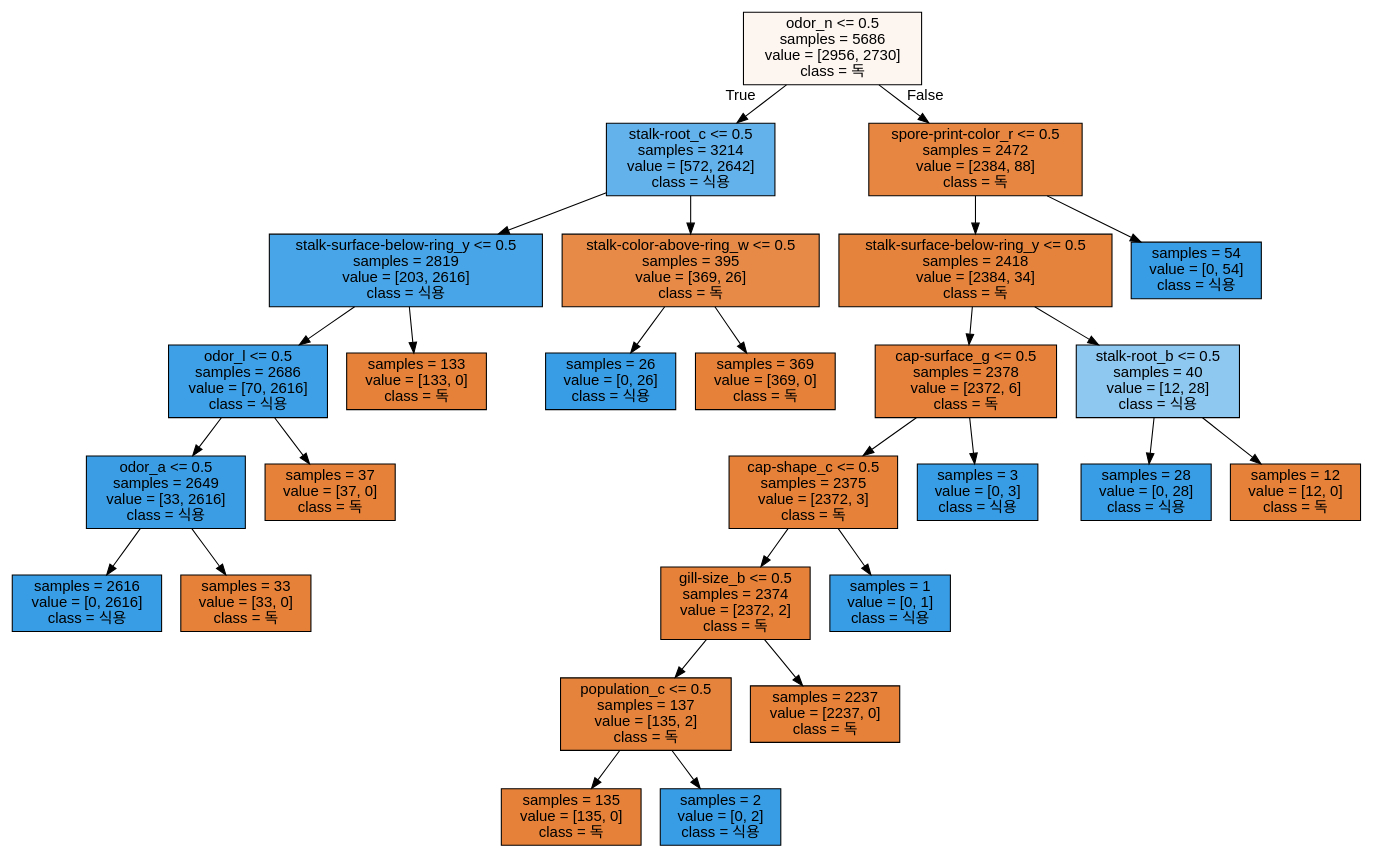
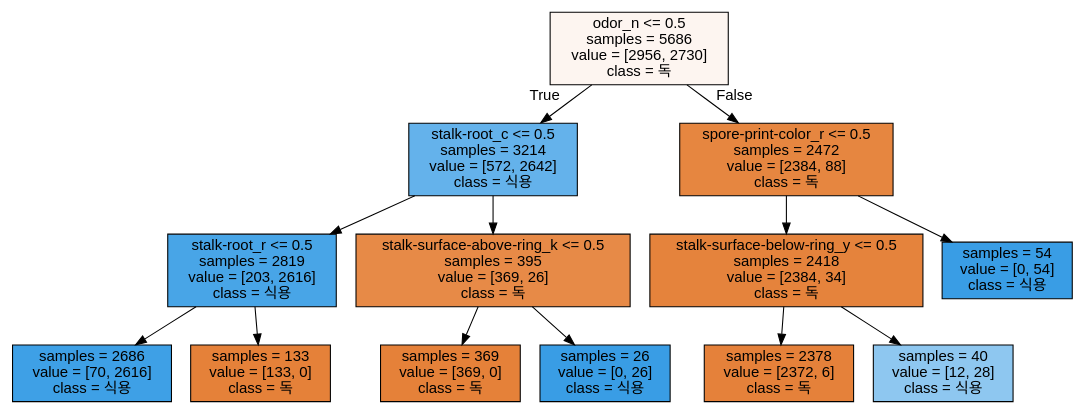
The diagram in tree.dot (hanbinpark/MachineLearning), drawn with Graphviz before and after one commit. The commit also changed 8 other files, not shown here.

```diff
--- a/tree.dot
+++ b/tree.dot
@@ -1,57 +1,29 @@
 digraph Tree {
 node [shape=box, style="filled", color="black", fontname="helvetica"] ;
 edge [fontname="helvetica"] ;
 0 [label="odor_n <= 0.5\nsamples = 5686\nvalue = [2956, 2730]\nclass = 독", fillcolor="#fdf5f0"] ;
 1 [label="stalk-root_c <= 0.5\nsamples = 3214\nvalue = [572, 2642]\nclass = 식용", fillcolor="#64b2eb"] ;
 0 -> 1 [labeldistance=2.5, labelangle=45, headlabel="True"] ;
-2 [label="stalk-surface-below-ring_y <= 0.5\nsamples = 2819\nvalue = [203, 2616]\nclass = 식용", fillcolor="#48a5e7"] ;
+2 [label="stalk-root_r <= 0.5\nsamples = 2819\nvalue = [203, 2616]\nclass = 식용", fillcolor="#48a5e7"] ;
 1 -> 2 ;
-3 [label="odor_l <= 0.5\nsamples = 2686\nvalue = [70, 2616]\nclass = 식용", fillcolor="#3ea0e6"] ;
+3 [label="samples = 2686\nvalue = [70, 2616]\nclass = 식용", fillcolor="#3ea0e6"] ;
 2 -> 3 ;
-4 [label="odor_a <= 0.5\nsamples = 2649\nvalue = [33, 2616]\nclass = 식용", fillcolor="#3b9ee5"] ;
-3 -> 4 ;
-5 [label="samples = 2616\nvalue = [0, 2616]\nclass = 식용", fillcolor="#399de5"] ;
-4 -> 5 ;
-6 [label="samples = 33\nvalue = [33, 0]\nclass = 독", fillcolor="#e58139"] ;
-4 -> 6 ;
-7 [label="samples = 37\nvalue = [37, 0]\nclass = 독", fillcolor="#e58139"] ;
-3 -> 7 ;
-8 [label="samples = 133\nvalue = [133, 0]\nclass = 독", fillcolor="#e58139"] ;
-2 -> 8 ;
-9 [label="stalk-color-above-ring_w <= 0.5\nsamples = 395\nvalue = [369, 26]\nclass = 독", fillcolor="#e78a47"] ;
-1 -> 9 ;
-10 [label="samples = 26\nvalue = [0, 26]\nclass = 식용", fillcolor="#399de5"] ;
+4 [label="samples = 133\nvalue = [133, 0]\nclass = 독", fillcolor="#e58139"] ;
+2 -> 4 ;
+5 [label="stalk-surface-above-ring_k <= 0.5\nsamples = 395\nvalue = [369, 26]\nclass = 독", fillcolor="#e78a47"] ;
+1 -> 5 ;
+6 [label="samples = 369\nvalue = [369, 0]\nclass = 독", fillcolor="#e58139"] ;
+5 -> 6 ;
+7 [label="samples = 26\nvalue = [0, 26]\nclass = 식용", fillcolor="#399de5"] ;
+5 -> 7 ;
+8 [label="spore-print-color_r <= 0.5\nsamples = 2472\nvalue = [2384, 88]\nclass = 독", fillcolor="#e68640"] ;
+0 -> 8 [labeldistance=2.5, labelangle=-45, headlabel="False"] ;
+9 [label="stalk-surface-below-ring_y <= 0.5\nsamples = 2418\nvalue = [2384, 34]\nclass = 독", fillcolor="#e5833c"] ;
+8 -> 9 ;
+10 [label="samples = 2378\nvalue = [2372, 6]\nclass = 독", fillcolor="#e5813a"] ;
 9 -> 10 ;
-11 [label="samples = 369\nvalue = [369, 0]\nclass = 독", fillcolor="#e58139"] ;
+11 [label="samples = 40\nvalue = [12, 28]\nclass = 식용", fillcolor="#8ec7f0"] ;
 9 -> 11 ;
-12 [label="spore-print-color_r <= 0.5\nsamples = 2472\nvalue = [2384, 88]\nclass = 독", fillcolor="#e68640"] ;
-0 -> 12 [labeldistance=2.5, labelangle=-45, headlabel="False"] ;
-13 [label="stalk-surface-below-ring_y <= 0.5\nsamples = 2418\nvalue = [2384, 34]\nclass = 독", fillcolor="#e5833c"] ;
-12 -> 13 ;
-14 [label="cap-surface_g <= 0.5\nsamples = 2378\nvalue = [2372, 6]\nclass = 독", fillcolor="#e5813a"] ;
-13 -> 14 ;
-15 [label="cap-shape_c <= 0.5\nsamples = 2375\nvalue = [2372, 3]\nclass = 독", fillcolor="#e58139"] ;
-14 -> 15 ;
-16 [label="gill-size_b <= 0.5\nsamples = 2374\nvalue = [2372, 2]\nclass = 독", fillcolor="#e58139"] ;
-15 -> 16 ;
-17 [label="population_c <= 0.5\nsamples = 137\nvalue = [135, 2]\nclass = 독", fillcolor="#e5833c"] ;
-16 -> 17 ;
-18 [label="samples = 135\nvalue = [135, 0]\nclass = 독", fillcolor="#e58139"] ;
-17 -> 18 ;
-19 [label="samples = 2\nvalue = [0, 2]\nclass = 식용", fillcolor="#399de5"] ;
-17 -> 19 ;
-20 [label="samples = 2237\nvalue = [2237, 0]\nclass = 독", fillcolor="#e58139"] ;
-16 -> 20 ;
-21 [label="samples = 1\nvalue = [0, 1]\nclass = 식용", fillcolor="#399de5"] ;
-15 -> 21 ;
-22 [label="samples = 3\nvalue = [0, 3]\nclass = 식용", fillcolor="#399de5"] ;
-14 -> 22 ;
-23 [label="stalk-root_b <= 0.5\nsamples = 40\nvalue = [12, 28]\nclass = 식용", fillcolor="#8ec7f0"] ;
-13 -> 23 ;
-24 [label="samples = 28\nvalue = [0, 28]\nclass = 식용", fillcolor="#399de5"] ;
-23 -> 24 ;
-25 [label="samples = 12\nvalue = [12, 0]\nclass = 독", fillcolor="#e58139"] ;
-23 -> 25 ;
-26 [label="samples = 54\nvalue = [0, 54]\nclass = 식용", fillcolor="#399de5"] ;
-12 -> 26 ;
+12 [label="samples = 54\nvalue = [0, 54]\nclass = 식용", fillcolor="#399de5"] ;
+8 -> 12 ;
 }
```
